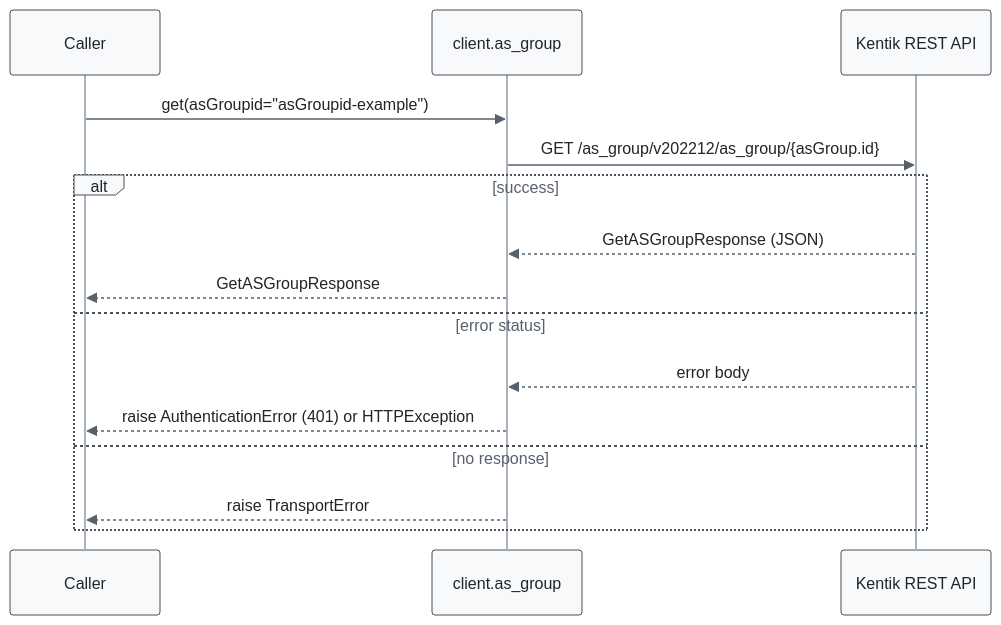
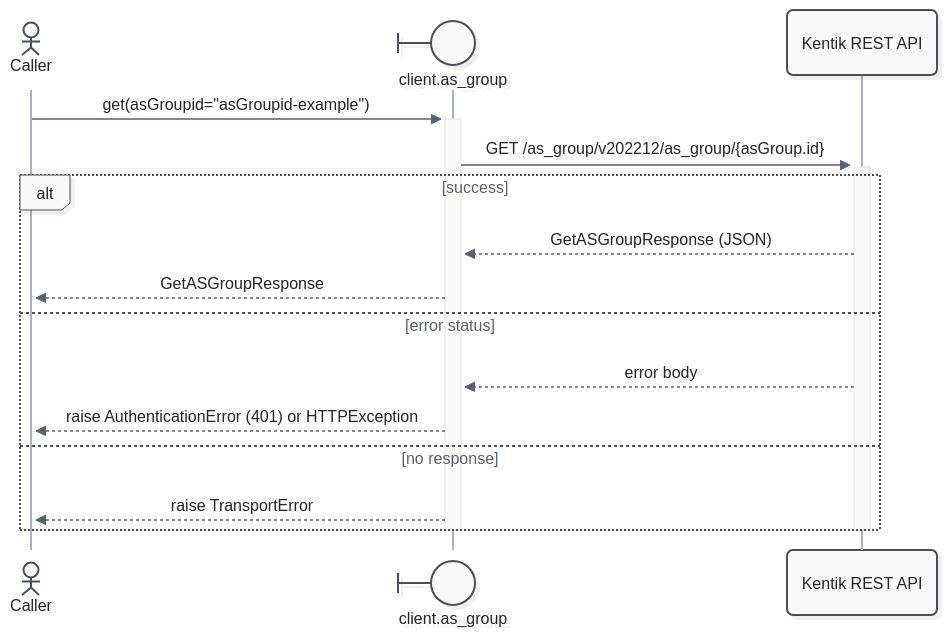
Before and after one commit to alexdearaujo/community_sdk_python: the fifth of 11 diagrams in docs/sphinx/services/as_group.md, drawn with Mermaid. The commit also changed other lines of this file and 52 other files, not shown here.

First line of the commit message:
docs: Mermaid 12 sequence diagrams with participant types and path colors

````diff
--- a/docs/sphinx/services/as_group.md
+++ b/docs/sphinx/services/as_group.md
@@ -182,19 +192,21 @@
 ```mermaid
-%%{init: {"theme": "base", "fontFamily": "ui-monospace, SFMono-Regular, Menlo, monospace", "themeVariables": {"fontFamily": "ui-monospace, SFMono-Regular, Menlo, monospace", "primaryColor": "#f8f9fa", "primaryBorderColor": "#495057", "primaryTextColor": "#212529", "textColor": "#212529", "lineColor": "#77818c", "edgeLabelBackground": "#ffffff", "actorBkg": "#f8f9fa", "actorBorder": "#495057", "actorTextColor": "#212529", "actorLineColor": "#a9b3be", "signalColor": "#57616d", "signalTextColor": "#212529", "labelBoxBkgColor": "#f8f9fa", "labelBoxBorderColor": "#495057", "labelTextColor": "#212529", "loopTextColor": "#57616d", "noteBkgColor": "#fff9db", "noteBorderColor": "#f08c00", "noteTextColor": "#a35a00"}, "flowchart": {"curve": "step", "nodeSpacing": 30, "rankSpacing": 70, "wrappingWidth": 400}}}%%
+%%{init: {"theme": "redux", "look": "neo", "layout": "dagre", "fontFamily": "ui-monospace, SFMono-Regular, Menlo, monospace", "themeVariables": {"fontFamily": "ui-monospace, SFMono-Regular, Menlo, monospace", "primaryColor": "#f8f9fa", "primaryBorderColor": "#495057", "primaryTextColor": "#212529", "textColor": "#212529", "lineColor": "#77818c", "edgeLabelBackground": "#ffffff", "actorBkg": "#f8f9fa", "actorBorder": "#495057", "actorTextColor": "#212529", "actorLineColor": "#a9b3be", "signalColor": "#57616d", "signalTextColor": "#212529", "labelBoxBkgColor": "#f8f9fa", "labelBoxBorderColor": "#495057", "labelTextColor": "#212529", "loopTextColor": "#57616d", "noteBkgColor": "#fff9db", "noteBorderColor": "#f08c00", "noteTextColor": "#a35a00"}, "sequence": {"activationWidth": 16}, "flowchart": {"curve": "step", "nodeSpacing": 30, "rankSpacing": 70, "wrappingWidth": 400}}}%%
 sequenceDiagram
-    participant C as Caller
-    participant W as client.as_group
+    actor C as Caller
+    participant W@{ "type": "boundary" } as client.as_group
     participant API as Kentik REST API
 
-    C->>W: get(asGroupid="asGroupid-example")
-    W->>API: GET /as_group/v202212/as_group/{asGroup.id}
+    C->>+W: get(asGroupid="asGroupid-example")
+    W->>+API: GET /as_group/v202212/as_group/{asGroup.id}
     alt success
         API-->>W: GetASGroupResponse (JSON)
         W-->>C: GetASGroupResponse
     else error status
         API-->>W: error body
         W-->>C: raise AuthenticationError (401) or HTTPException
     else no response
         W-->>C: raise TransportError
     end
+    deactivate API
+    deactivate W
 ```
````
